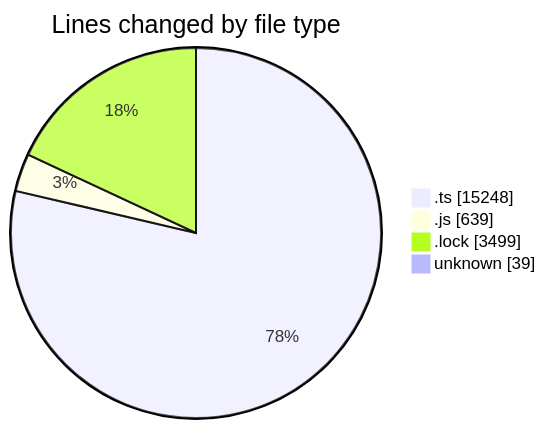
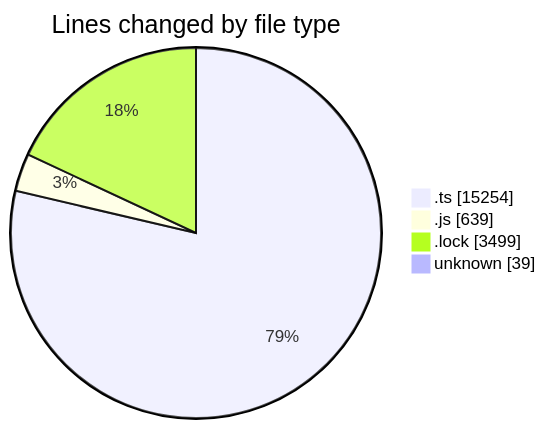
Before and after one commit to momahboobian/code-tracking: the first of 2 diagrams in 2025-05-20/cda/README.md, drawn with Mermaid. The commit also changed other lines of this file and 1 other file, not shown here.

````diff
--- a/2025-05-20/cda/README.md
+++ b/2025-05-20/cda/README.md
@@ -31,8 +31,8 @@
 ```mermaid
 pie showData
 title Lines changed by file type
-".ts" : 15248
+".ts" : 15254
 ".js" : 639
 ".lock" : 3499
 "unknown" : 39
 ```
````
